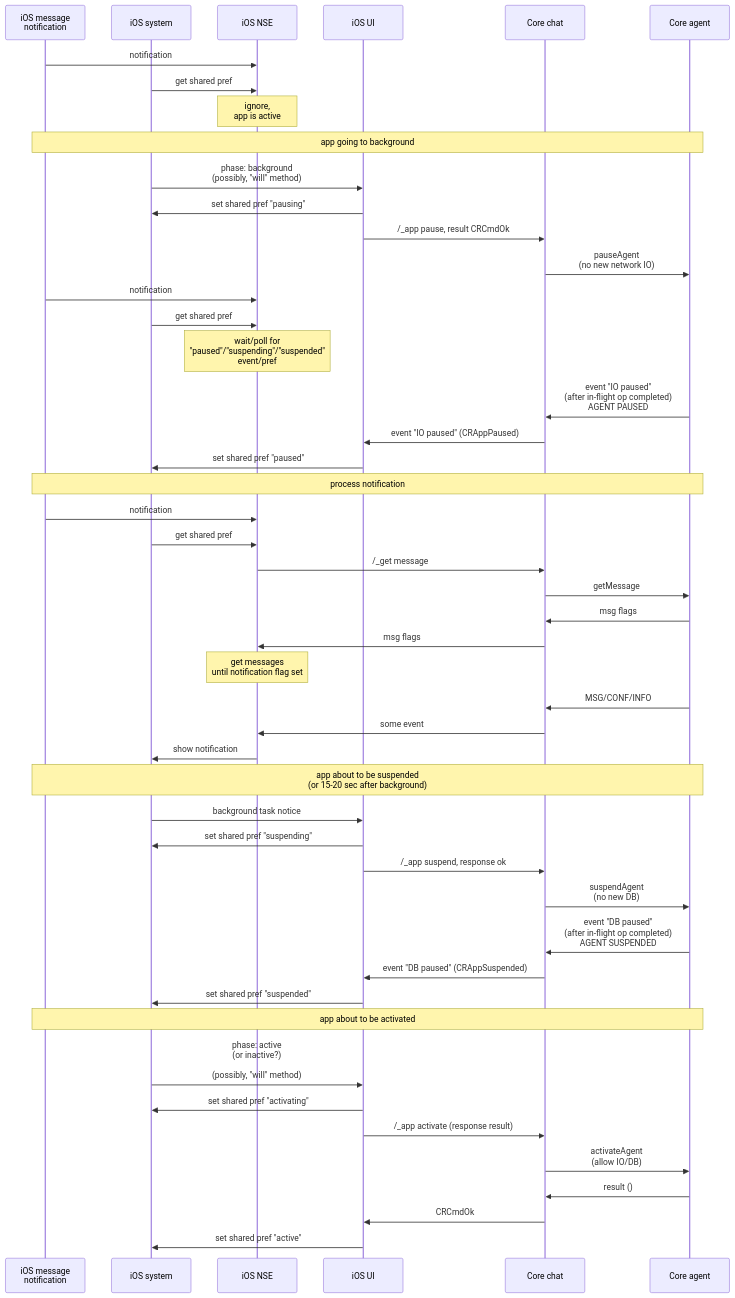
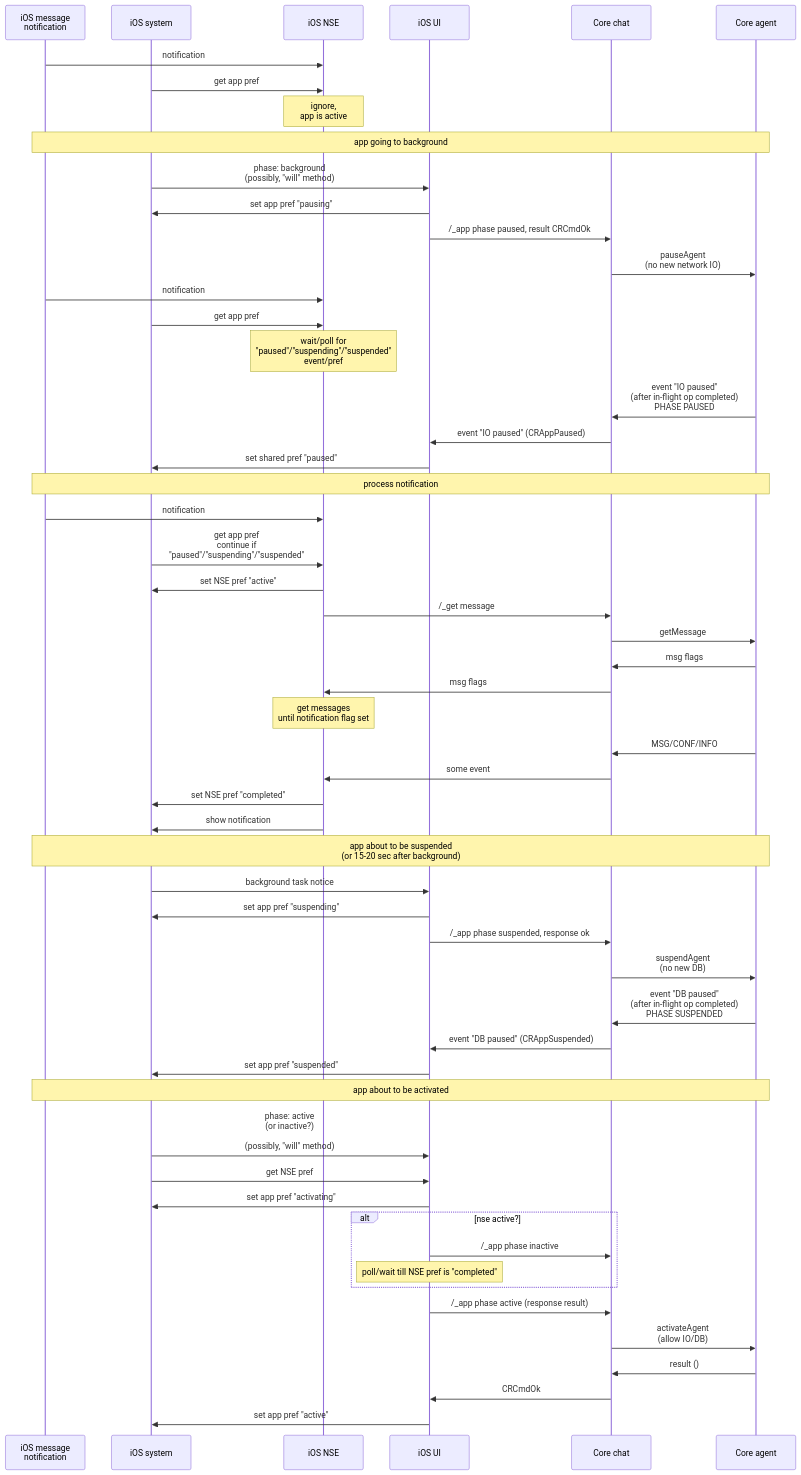
Before and after one commit to simplex-chat/simplexmq: the diagram in rfcs/2022-06-13-db-sync.mmd, drawn with Mermaid. The commit also changed 5 other files, not shown here.

Commit message:
track agent operation and phase changes

```diff
--- a/rfcs/2022-06-13-db-sync.mmd
+++ b/rfcs/2022-06-13-db-sync.mmd
@@ -1,53 +1,61 @@
 sequenceDiagram
   participant M as iOS message<br>notification
   participant S as iOS system
   participant N as iOS NSE
   participant U as iOS UI
   participant C as Core chat
   participant A as Core agent
 
   M ->> N: notification
-  S ->> N: get shared pref
+  S ->> N: get app pref
   note over N: ignore,<br>app is active
 
   note over M, A: app going to background
   S ->> U: phase: background<br>(possibly, "will" method)
-  U ->> S: set shared pref "pausing"
-  U ->> C: /_app pause, result CRCmdOk
+  U ->> S: set app pref "pausing"
+  U ->> C: /_app phase paused, result CRCmdOk
   C ->> A: pauseAgent<br>(no new network IO)
   M ->> N: notification
-  S ->> N: get shared pref
+  S ->> N: get app pref
   note over N: wait/poll for<br>"paused"/"suspending"/"suspended"<br>event/pref
-  A ->> C: event "IO paused"<br>(after in-flight op completed)<br>AGENT PAUSED
+  A ->> C: event "IO paused"<br>(after in-flight op completed)<br>PHASE PAUSED
   C ->> U: event "IO paused" (CRAppPaused)
   U ->> S: set shared pref "paused"
 
   note over M, A: process notification
   M ->> N: notification
-  S ->> N: get shared pref
+  S ->> N: get app pref<br>continue if<br>"paused"/"suspending"/"suspended"
+  N ->> S: set NSE pref "active"
   N ->> C: /_get message
   C ->> A: getMessage
   A ->> C: msg flags
   C ->> N: msg flags
   note over N: get messages<br>until notification flag set
   A ->> C: MSG/CONF/INFO
   C ->> N: some event
+  N ->> S: set NSE pref "completed"
   N ->> S: show notification
 
   note over M, A: app about to be suspended<br>(or 15-20 sec after background)
   S ->> U: background task notice
-  U ->> S: set shared pref "suspending"
-  U ->> C: /_app suspend, response ok
+  U ->> S: set app pref "suspending"
+  U ->> C: /_app phase suspended, response ok
   C ->> A: suspendAgent<br>(no new DB)
-  A ->> C: event "DB paused"<br>(after in-flight op completed)<br>AGENT SUSPENDED
+  A ->> C: event "DB paused"<br>(after in-flight op completed)<br>PHASE SUSPENDED
   C ->> U: event "DB paused" (CRAppSuspended)
-  U ->> S: set shared pref "suspended"
+  U ->> S: set app pref "suspended"
 
   note over M, A: app about to be activated
   S ->> U: phase: active<br>(or inactive?)<br><br>(possibly, "will" method)
-  U ->> S: set shared pref "activating"
-  U ->> C: /_app activate (response result)
+  S ->> U: get NSE pref
+  U ->> S: set app pref "activating"
+  alt nse active?
+    U ->> C: /_app phase inactive
+    note over U: poll/wait till NSE pref is "completed"
+  end
+
+  U ->> C: /_app phase active (response result)
   C ->> A: activateAgent<br>(allow IO/DB)
   A ->> C: result ()
   C ->> U: CRCmdOk
-  U ->> S: set shared pref "active"
+  U ->> S: set app pref "active"
```
